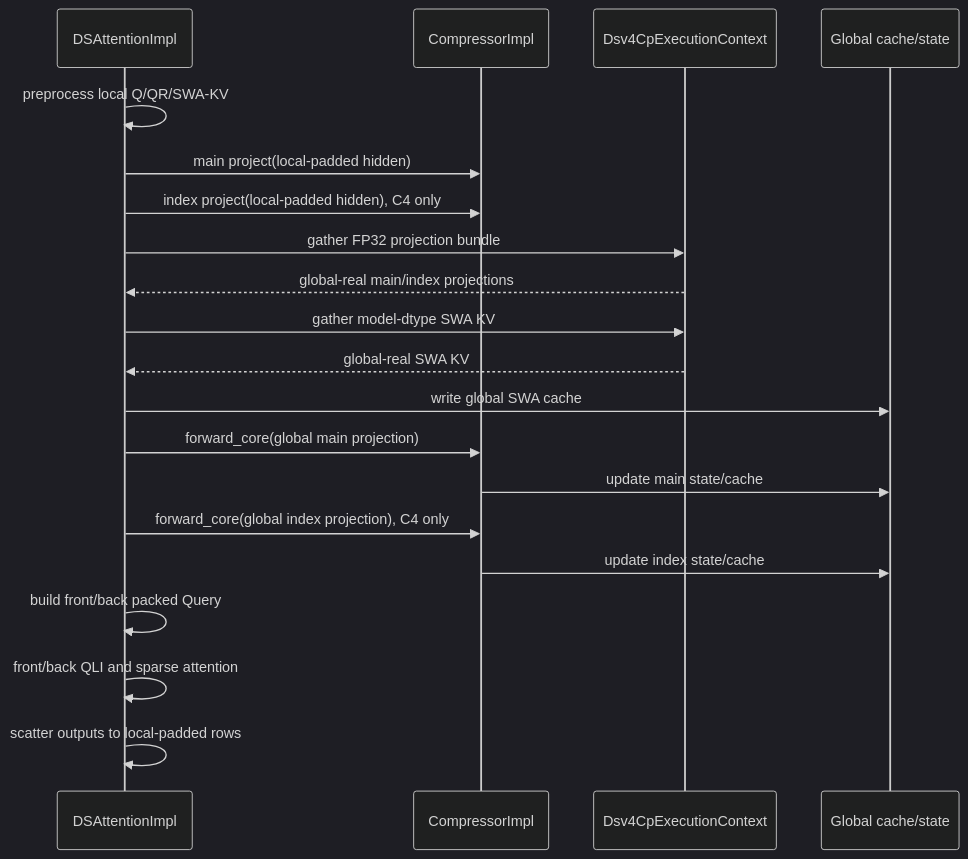
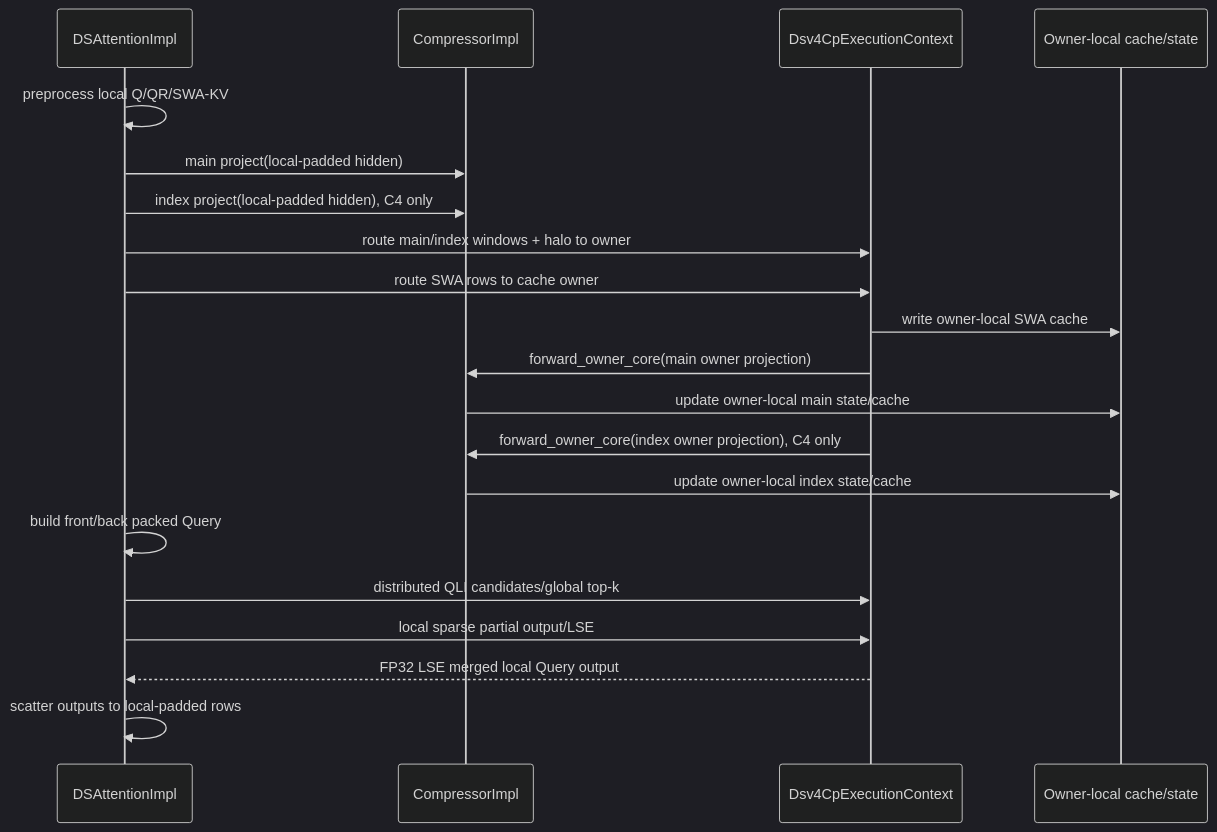
One commit to DongheJin/xllm changed the second of 2 diagrams in docs/src/content/docs/zh/design/deepseek_v4_npu_cp_pre_compressor_implementation.md. Above: the diagram before and after it, drawn with Mermaid (dark theme). The commit also changed other lines of this file and 97 other files, not shown here.

````diff
--- a/docs/src/content/docs/zh/design/deepseek_v4_npu_cp_pre_compressor_implementation.md
+++ b/docs/src/content/docs/zh/design/deepseek_v4_npu_cp_pre_compressor_implementation.md
@@ -556,23 +966,23 @@
 ```mermaid
 sequenceDiagram
   participant A as DSAttentionImpl
   participant C as CompressorImpl
   participant X as Dsv4CpExecutionContext
-  participant K as Global cache/state
+  participant K as Owner-local cache/state
 
   A->>A: preprocess local Q/QR/SWA-KV
   A->>C: main project(local-padded hidden)
   A->>C: index project(local-padded hidden), C4 only
-  A->>X: gather FP32 projection bundle
-  X-->>A: global-real main/index projections
-  A->>X: gather model-dtype SWA KV
-  X-->>A: global-real SWA KV
-  A->>K: write global SWA cache
-  A->>C: forward_core(global main projection)
-  C->>K: update main state/cache
-  A->>C: forward_core(global index projection), C4 only
-  C->>K: update index state/cache
+  A->>X: route main/index windows + halo to owner
+  A->>X: route SWA rows to cache owner
+  X->>K: write owner-local SWA cache
+  X->>C: forward_owner_core(main owner projection)
+  C->>K: update owner-local main state/cache
+  X->>C: forward_owner_core(index owner projection), C4 only
+  C->>K: update owner-local index state/cache
   A->>A: build front/back packed Query
-  A->>A: front/back QLI and sparse attention
+  A->>X: distributed QLI candidates/global top-k
+  A->>X: local sparse partial output/LSE
+  X-->>A: FP32 LSE merged local Query output
   A->>A: scatter outputs to local-padded rows
 ```
````
